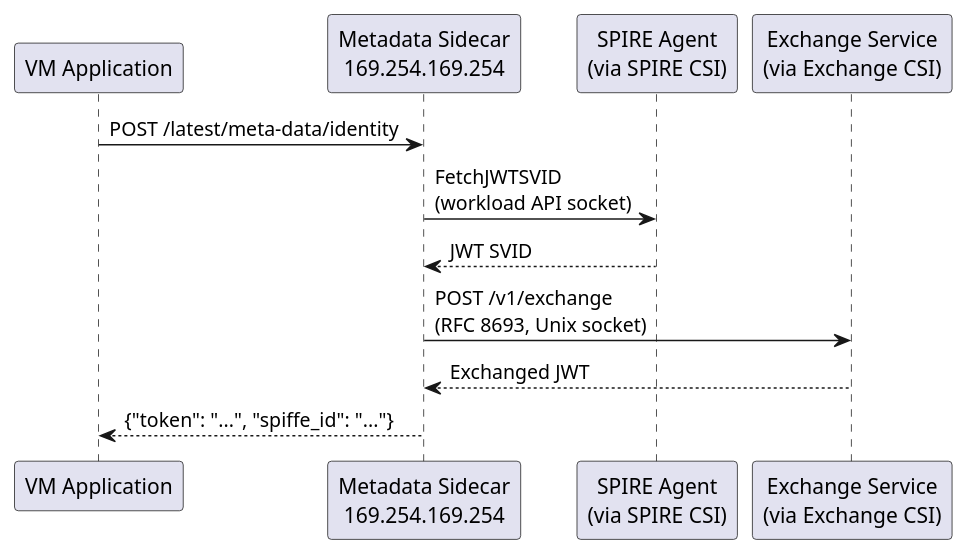
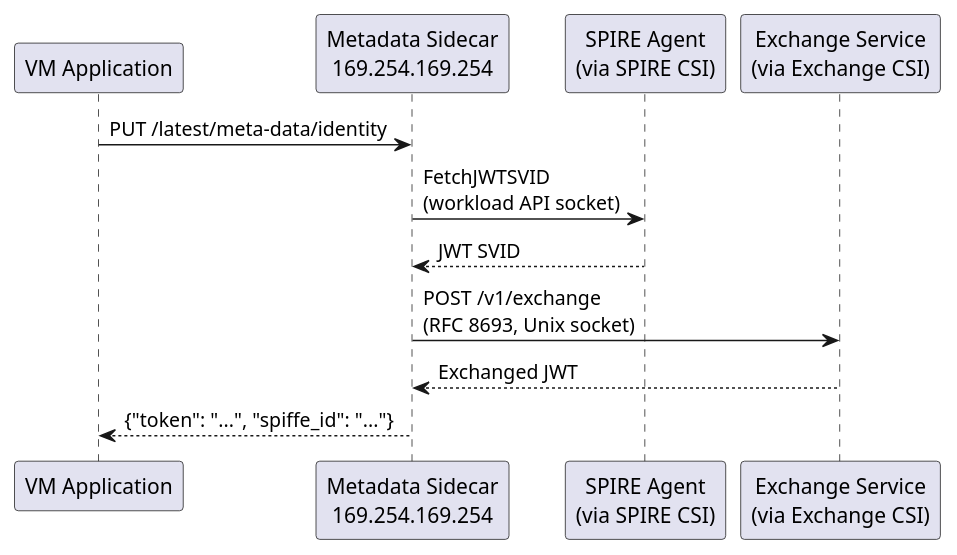
Before and after one commit to dsx-ai-factory/nvidia-workload-identity: the fourth of 5 diagrams in README.md, drawn with PlantUML. The commit also changed other lines of this file and 4 other files, not shown here.

````diff
--- a/README.md
+++ b/README.md
@@ -277,15 +277,15 @@
 ```plantuml
 @startuml
 participant "VM Application" as App
 participant "Metadata Sidecar\n169.254.169.254" as Meta
 participant "SPIRE Agent\n(via SPIRE CSI)" as Agent
 participant "Exchange Service\n(via Exchange CSI)" as Exchange
 
-App -> Meta : POST /latest/meta-data/identity
+App -> Meta : PUT /latest/meta-data/identity
 Meta -> Agent : FetchJWTSVID\n(workload API socket)
 Agent --> Meta : JWT SVID
 Meta -> Exchange : POST /v1/exchange\n(RFC 8693, Unix socket)
 Exchange --> Meta : Exchanged JWT
 Meta --> App : {"token": "...", "spiffe_id": "..."}
 @enduml
 ```
````
